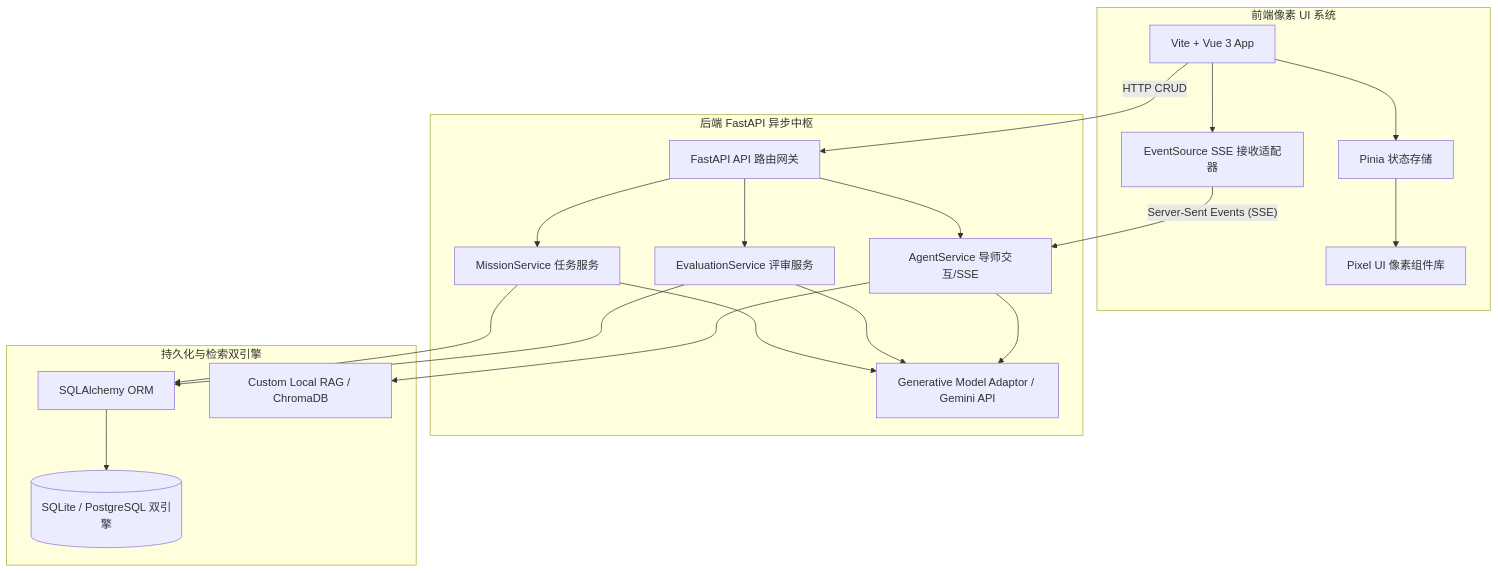
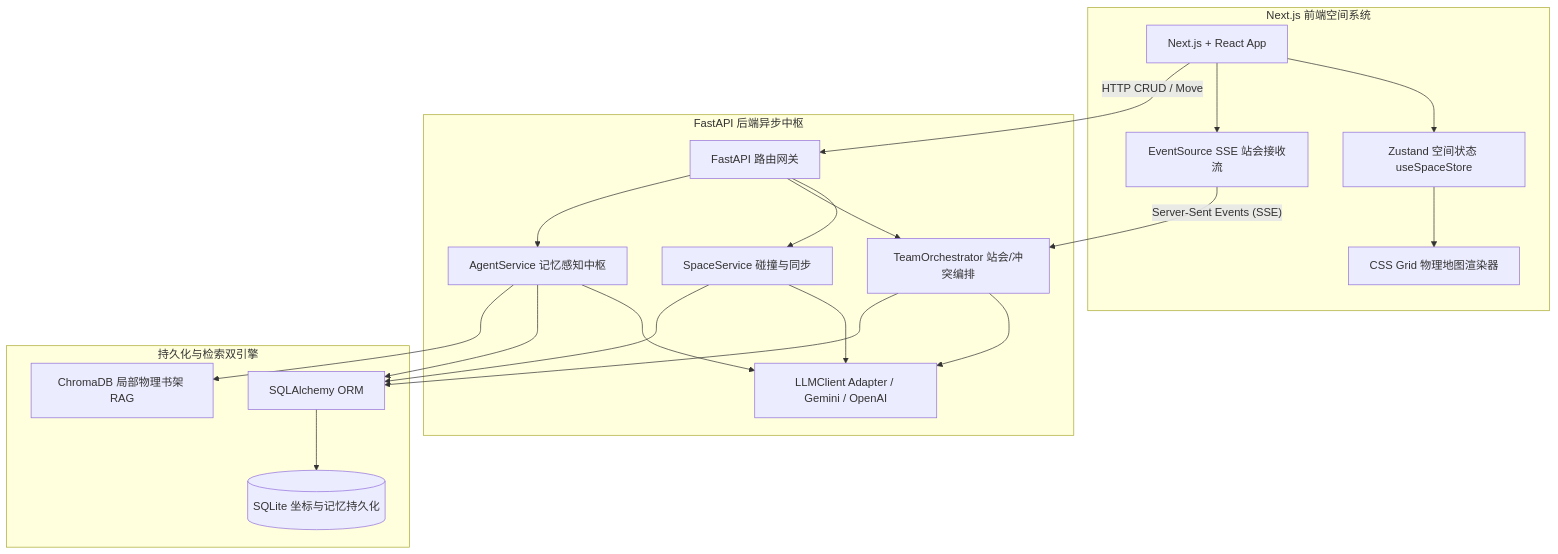
One commit to kuangbin/OfficeCraft_AI changed the diagram in docs/development/setup-guide.md. Above: the diagram before and after it, drawn with Mermaid. The commit also changed other lines of this file and 222 other files, not shown here.

Commit message:
feat: implement Phase 4 of OfficeCraft AI: Multi-Agent SSE Meeting, Emotional Memory database, Conflict Arbitration, and complete retro RPG pixel art visual design matching uploaded reference layout.

````diff
--- a/docs/development/setup-guide.md
+++ b/docs/development/setup-guide.md
@@ -9,27 +9,27 @@
 ```mermaid
 graph TD
     %% Frontend Subsystem
-    subgraph Frontend [前端像素 UI 系统]
-        A[Vite + Vue 3 App] --> B[Pinia 状态存储]
-        B --> C[Pixel UI 像素组件库]
-        A --> D[EventSource SSE 接收适配器]
+    subgraph Frontend [Next.js 前端空间系统]
+        A[Next.js + React App] --> B[Zustand 空间状态 useSpaceStore]
+        B --> C[CSS Grid 物理地图渲染器]
+        A --> D[EventSource SSE 站会接收流]
     end
 
     %% Backend Subsystem
-    subgraph Backend [后端 FastAPI 异步中枢]
-        E[FastAPI API 路由网关] --> F[MissionService 任务服务]
-        E --> G[EvaluationService 评审服务]
-        E --> H[AgentService 导师交互/SSE]
-        F & G & H --> I[Generative Model Adaptor / Gemini API]
+    subgraph Backend [FastAPI 后端异步中枢]
+        E[FastAPI 路由网关] --> F[SpaceService 碰撞与同步]
+        E --> G[TeamOrchestrator 站会/冲突编排]
+        E --> H[AgentService 记忆感知中枢]
+        F & G & H --> I[LLMClient Adapter / Gemini / OpenAI]
     end
 
     %% Storage Engine
     subgraph Storage [持久化与检索双引擎]
-        F & G --> J[SQLAlchemy ORM]
-        J --> K[(SQLite / PostgreSQL 双引擎)]
-        H --> L[Custom Local RAG / ChromaDB]
+        F & G & H --> J[SQLAlchemy ORM]
+        J --> K[(SQLite 坐标与记忆持久化)]
+        H --> L[ChromaDB 局部物理书架 RAG]
     end
 
-    D -- "Server-Sent Events (SSE)" --> H
-    A -- "HTTP CRUD" --> E
+    D -- "Server-Sent Events (SSE)" --> G
+    A -- "HTTP CRUD / Move" --> E
 ```
````
